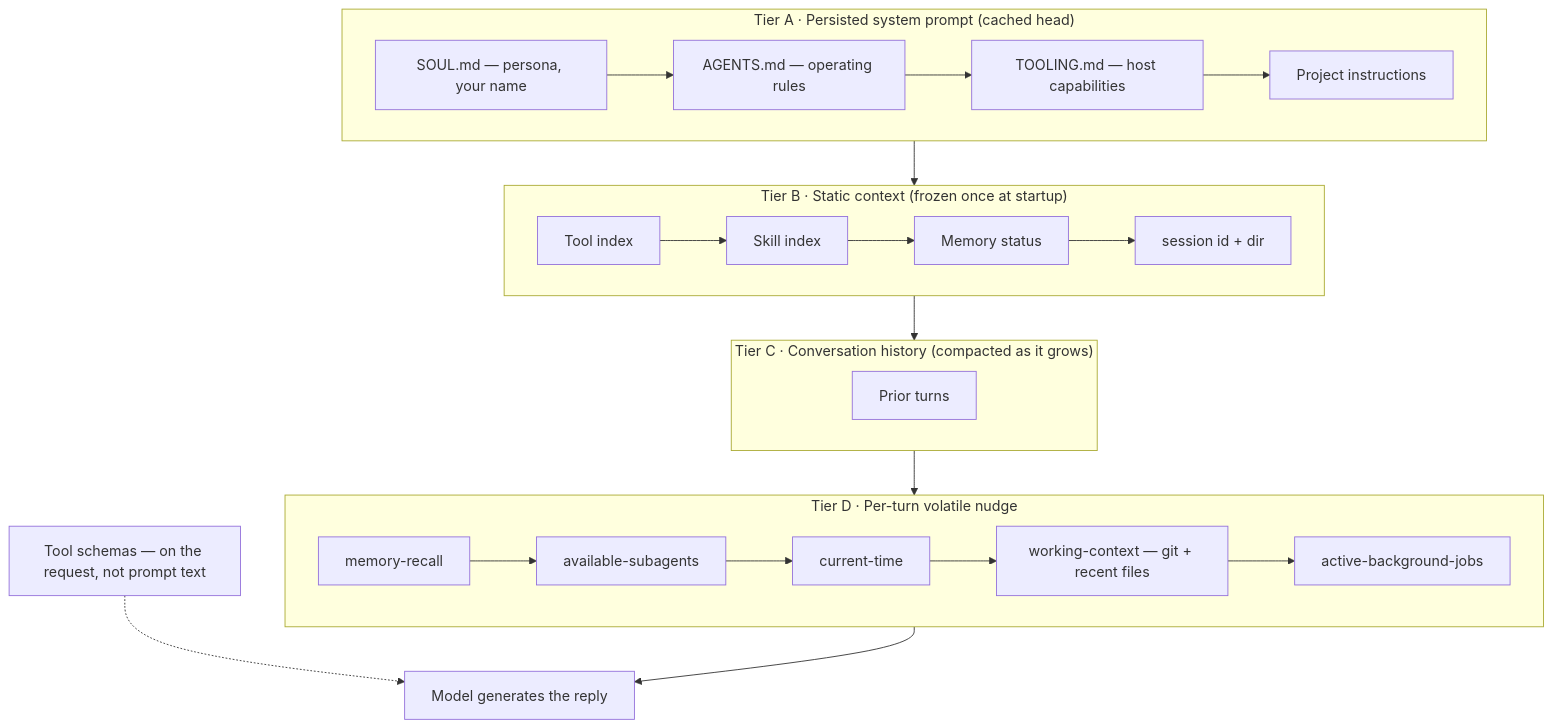
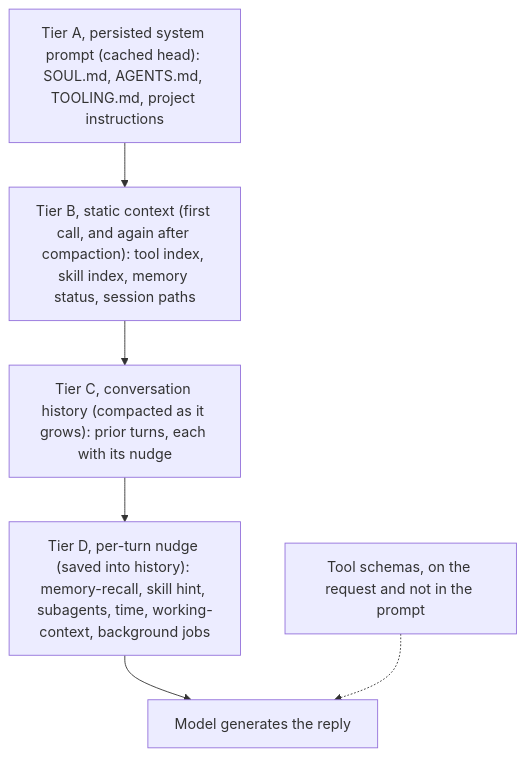
Before and after one commit to netclaw-dev/netclaw-website: the diagram in src/content/docs/architecture/context-structure.md, drawn with Mermaid. The commit also changed other lines of this file and 279 other files, not shown here.

````diff
--- a/src/content/docs/architecture/context-structure.md
+++ b/src/content/docs/architecture/context-structure.md
@@ -14,17 +14,11 @@
 ```mermaid
 flowchart TD
-    subgraph TA["Tier A · Persisted system prompt (cached head)"]
-        A1["SOUL.md — persona, your name"] --> A2["AGENTS.md — operating rules"] --> A3["TOOLING.md — host capabilities"] --> A4["Project instructions"]
-    end
-    subgraph TB2["Tier B · Static context (frozen once at startup)"]
-        B1["Tool index"] --> B2["Skill index"] --> B3["Memory status"] --> B4["session id + dir"]
-    end
-    subgraph TC["Tier C · Conversation history (compacted as it grows)"]
-        C1["Prior turns"]
-    end
-    subgraph TD2["Tier D · Per-turn volatile nudge"]
-        D1["memory-recall"] --> D2["available-subagents"] --> D3["current-time"] --> D4["working-context — git + recent files"] --> D5["active-background-jobs"]
-    end
-    TA --> TB2 --> TC --> TD2 --> MODEL["Model generates the reply"]
-    TOOLS["Tool schemas — on the request, not prompt text"] -.-> MODEL
+    A["Tier A, persisted system prompt (cached head): SOUL.md, AGENTS.md, TOOLING.md, project instructions"]
+    B["Tier B, static context (first call, and again after compaction): tool index, skill index, memory status, session paths"]
+    C["Tier C, conversation history (compacted as it grows): prior turns, each with its nudge"]
+    D["Tier D, per-turn nudge (saved into history): memory-recall, skill hint, subagents, time, working-context, background jobs"]
+    M["Model generates the reply"]
+    T["Tool schemas, on the request and not in the prompt"]
+    A --> B --> C --> D --> M
+    T -.-> M
 ```
````
